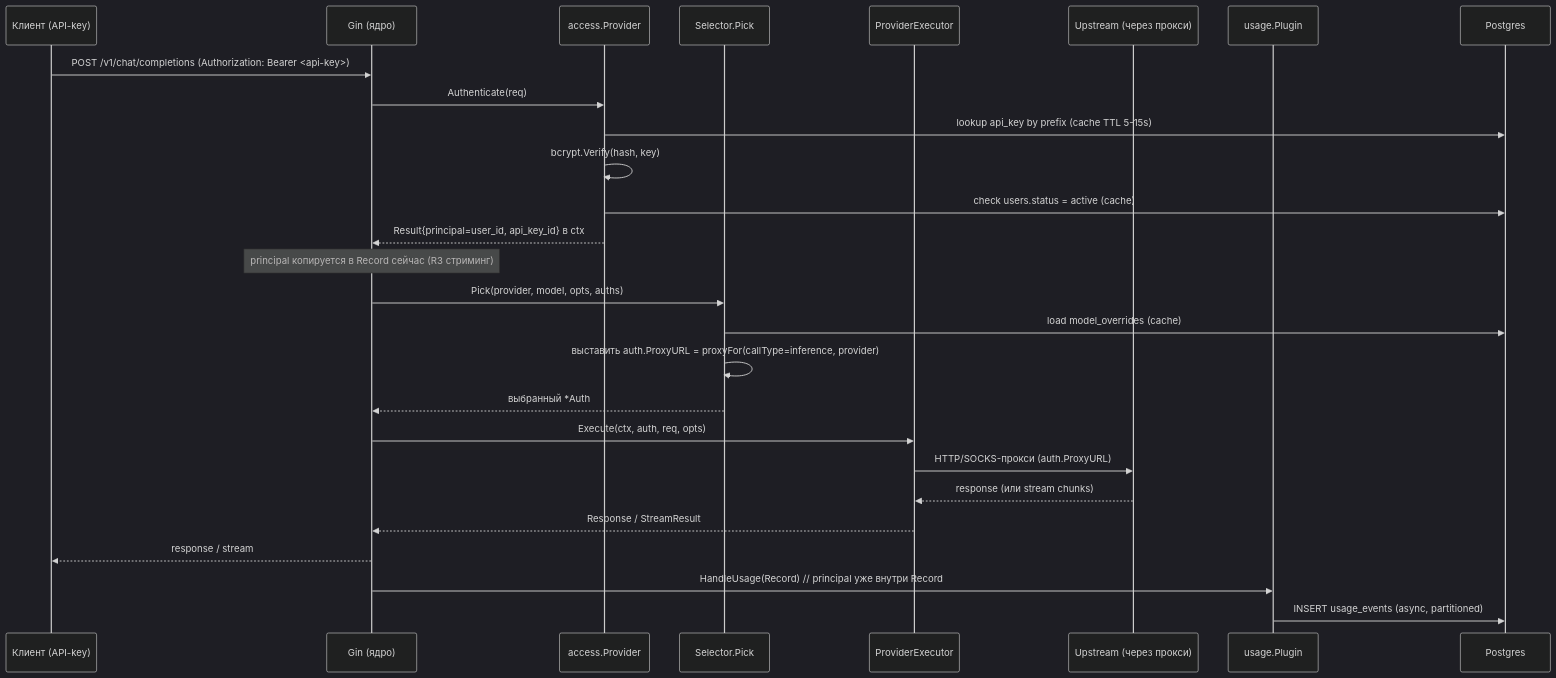
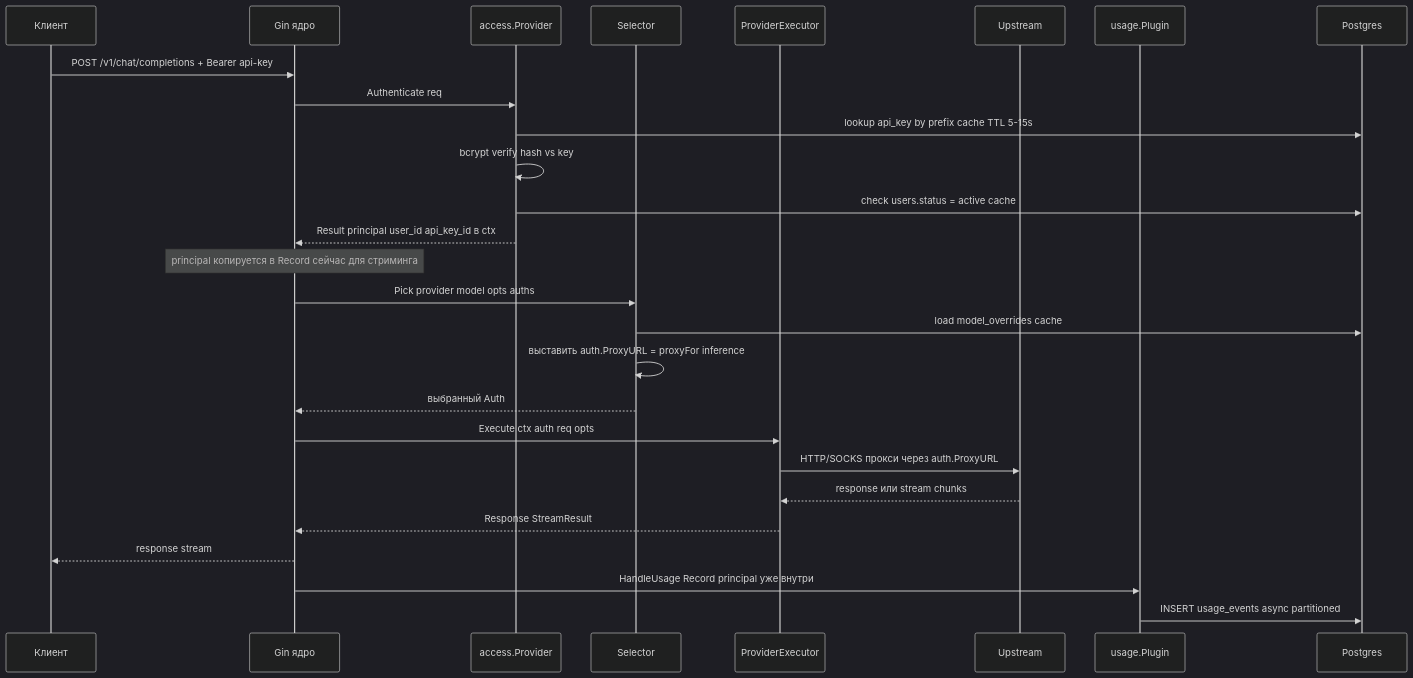
Before and after one commit to ilyast91/CLIProxyNew: the third of 7 diagrams in docs/architecture.md, drawn with Mermaid (dark theme). The commit also changed other lines of this file and 1 other file, not shown here.

First line of the commit message:
docs: исправить Mermaid-диаграммы для рендера на GitHub

````diff
--- a/docs/architecture.md
+++ b/docs/architecture.md
@@ -119,30 +119,30 @@
 ```mermaid
 sequenceDiagram
-    participant App as Клиент (API-key)
-    participant Gin as Gin (ядро)
+    participant App as Клиент
+    participant Gin as Gin ядро
     participant AP as access.Provider
-    participant Sel as Selector.Pick
+    participant Sel as Selector
     participant Exec as ProviderExecutor
-    participant Up as Upstream (через прокси)
+    participant Up as Upstream
     participant USG as usage.Plugin
     participant DB as Postgres
 
-    App->>Gin: POST /v1/chat/completions (Authorization: Bearer <api-key>)
-    Gin->>AP: Authenticate(req)
-    AP->>DB: lookup api_key by prefix (cache TTL 5-15s)
-    AP->>AP: bcrypt.Verify(hash, key)
-    AP->>DB: check users.status = active (cache)
-    AP-->>Gin: Result{principal=user_id, api_key_id} в ctx
-    Note over Gin: principal копируется в Record сейчас (R3 стриминг)
-    Gin->>Sel: Pick(provider, model, opts, auths)
-    Sel->>DB: load model_overrides (cache)
-    Sel->>Sel: выставить auth.ProxyURL = proxyFor(callType=inference, provider)
-    Sel-->>Gin: выбранный *Auth
-    Gin->>Exec: Execute(ctx, auth, req, opts)
-    Exec->>Up: HTTP/SOCKS-прокси (auth.ProxyURL)
-    Up-->>Exec: response (или stream chunks)
-    Exec-->>Gin: Response / StreamResult
-    Gin-->>App: response / stream
-    Gin->>USG: HandleUsage(Record) // principal уже внутри Record
-    USG->>DB: INSERT usage_events (async, partitioned)
+    App->>Gin: POST /v1/chat/completions + Bearer api-key
+    Gin->>AP: Authenticate req
+    AP->>DB: lookup api_key by prefix cache TTL 5-15s
+    AP->>AP: bcrypt verify hash vs key
+    AP->>DB: check users.status = active cache
+    AP-->>Gin: Result principal user_id api_key_id в ctx
+    Note over Gin: principal копируется в Record сейчас для стриминга
+    Gin->>Sel: Pick provider model opts auths
+    Sel->>DB: load model_overrides cache
+    Sel->>Sel: выставить auth.ProxyURL = proxyFor inference
+    Sel-->>Gin: выбранный Auth
+    Gin->>Exec: Execute ctx auth req opts
+    Exec->>Up: HTTP/SOCKS прокси через auth.ProxyURL
+    Up-->>Exec: response или stream chunks
+    Exec-->>Gin: Response StreamResult
+    Gin-->>App: response stream
+    Gin->>USG: HandleUsage Record principal уже внутри
+    USG->>DB: INSERT usage_events async partitioned
 ```
````
